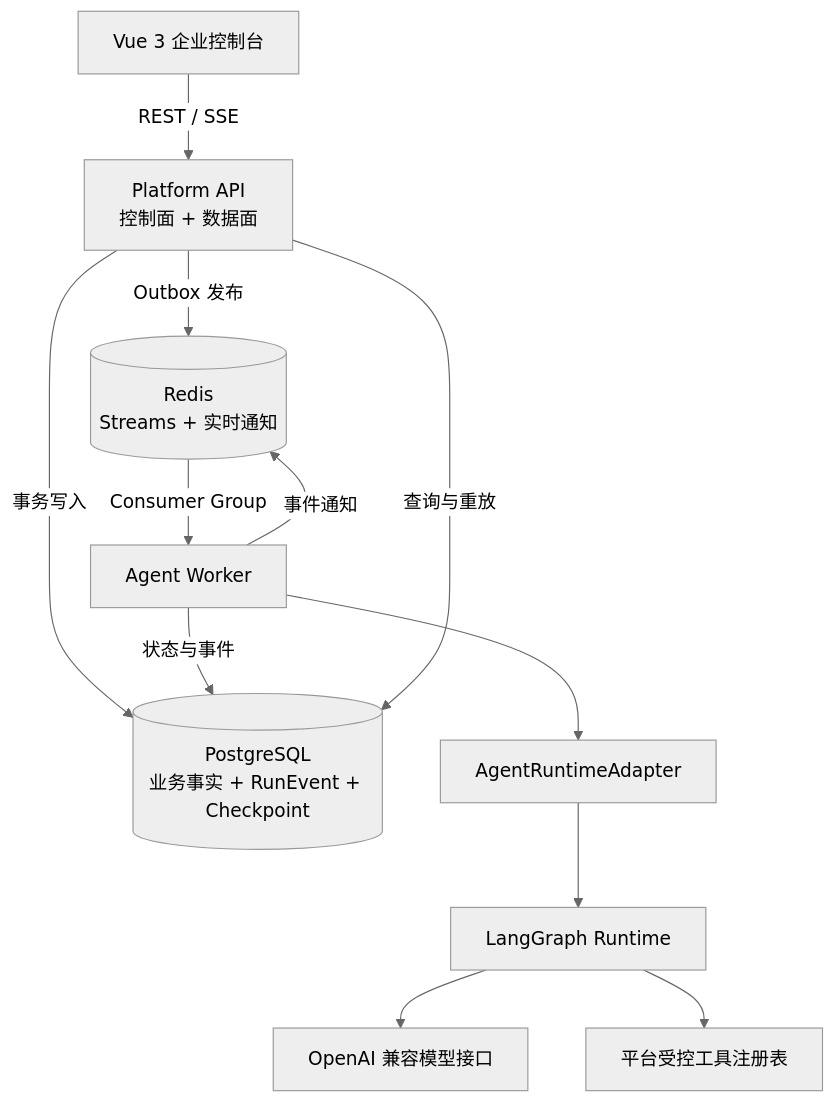
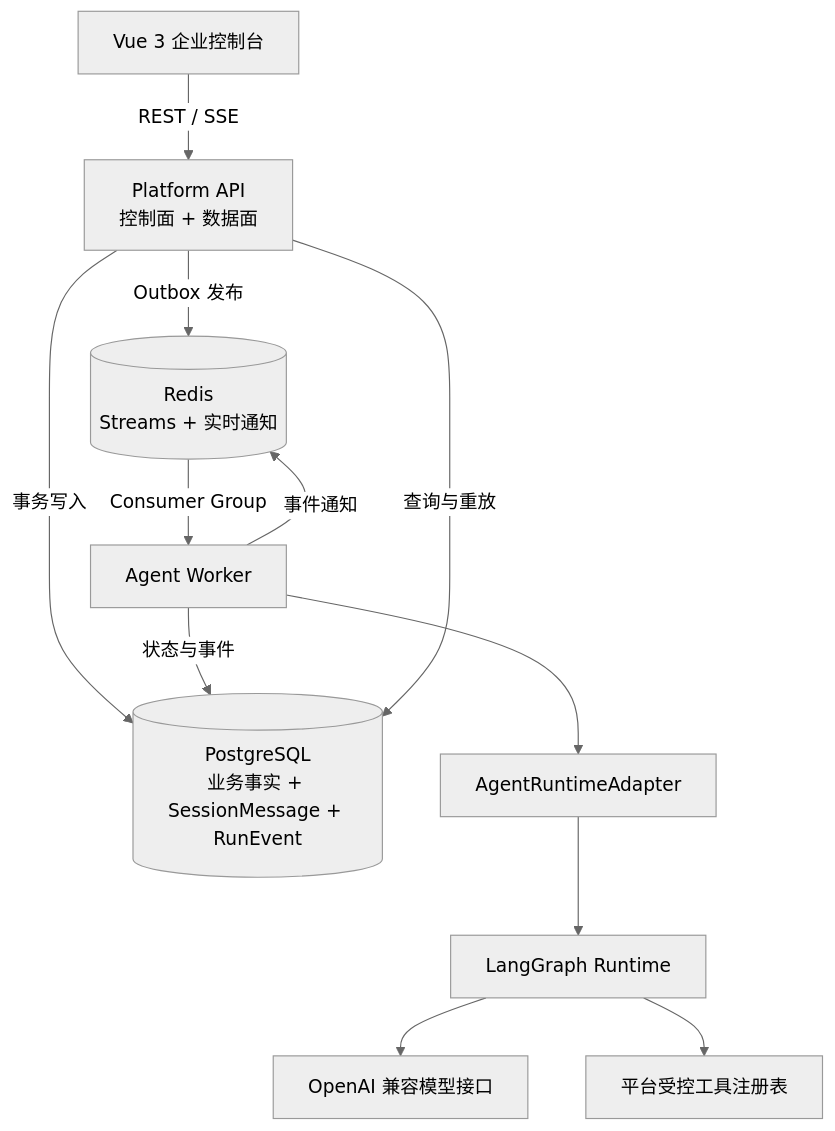
One commit to noAbandonsj/AgentPlane changed the first of 2 diagrams in docs/architecture-and-mvp-plan.md. Above: the diagram before and after it, drawn with Mermaid (neutral theme). The commit also changed other lines of this file and 19 other files, not shown here.

````diff
--- a/docs/architecture-and-mvp-plan.md
+++ b/docs/architecture-and-mvp-plan.md
@@ -92,24 +93,24 @@
 ```mermaid
 flowchart TB
     UI["Vue 3 企业控制台"]
     API["Platform API<br/>控制面 + 数据面"]
-    DB[("PostgreSQL<br/>业务事实 + RunEvent + Checkpoint")]
+    DB[("PostgreSQL<br/>业务事实 + SessionMessage + RunEvent")]
     REDIS[("Redis<br/>Streams + 实时通知")]
     WORKER["Agent Worker"]
     RUNTIME["AgentRuntimeAdapter"]
     LANGGRAPH["LangGraph Runtime"]
     MODEL["OpenAI 兼容模型接口"]
     TOOLS["平台受控工具注册表"]
 
     UI -->|REST / SSE| API
     API -->|事务写入| DB
     API -->|Outbox 发布| REDIS
     REDIS -->|Consumer Group| WORKER
     WORKER --> RUNTIME
     RUNTIME --> LANGGRAPH
     LANGGRAPH --> MODEL
     LANGGRAPH --> TOOLS
     WORKER -->|状态与事件| DB
     WORKER -->|事件通知| REDIS
     API -->|查询与重放| DB
 ```
````
